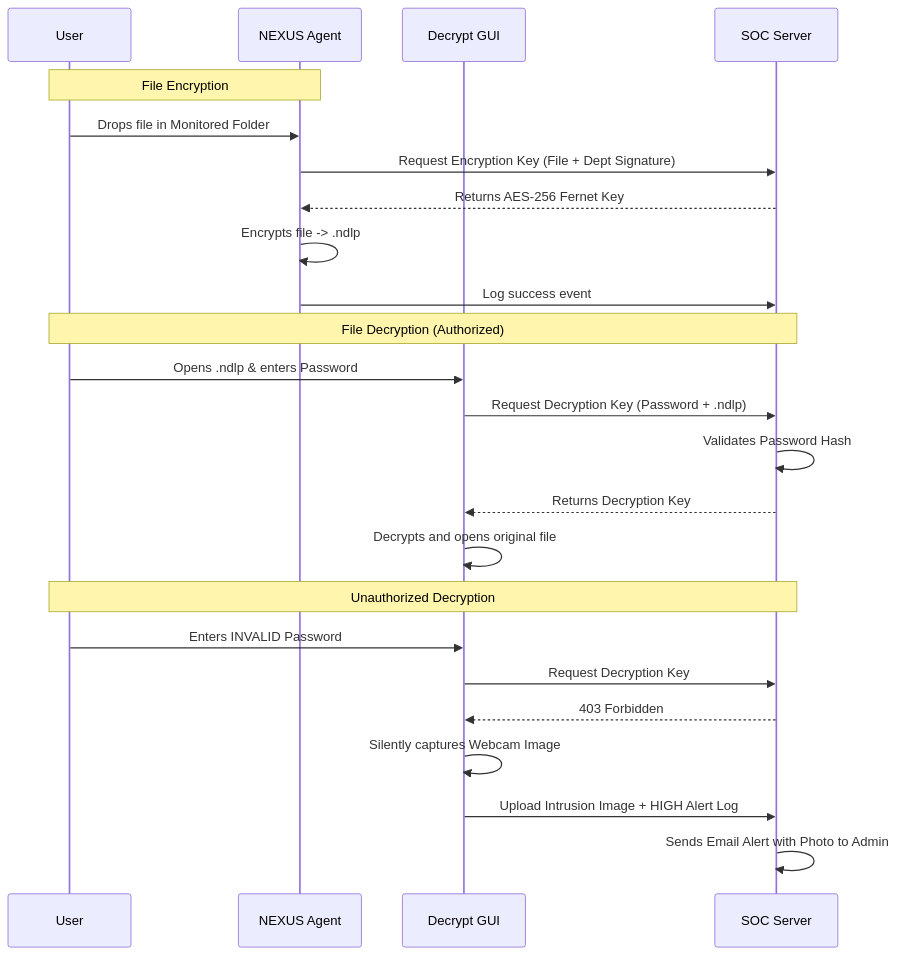
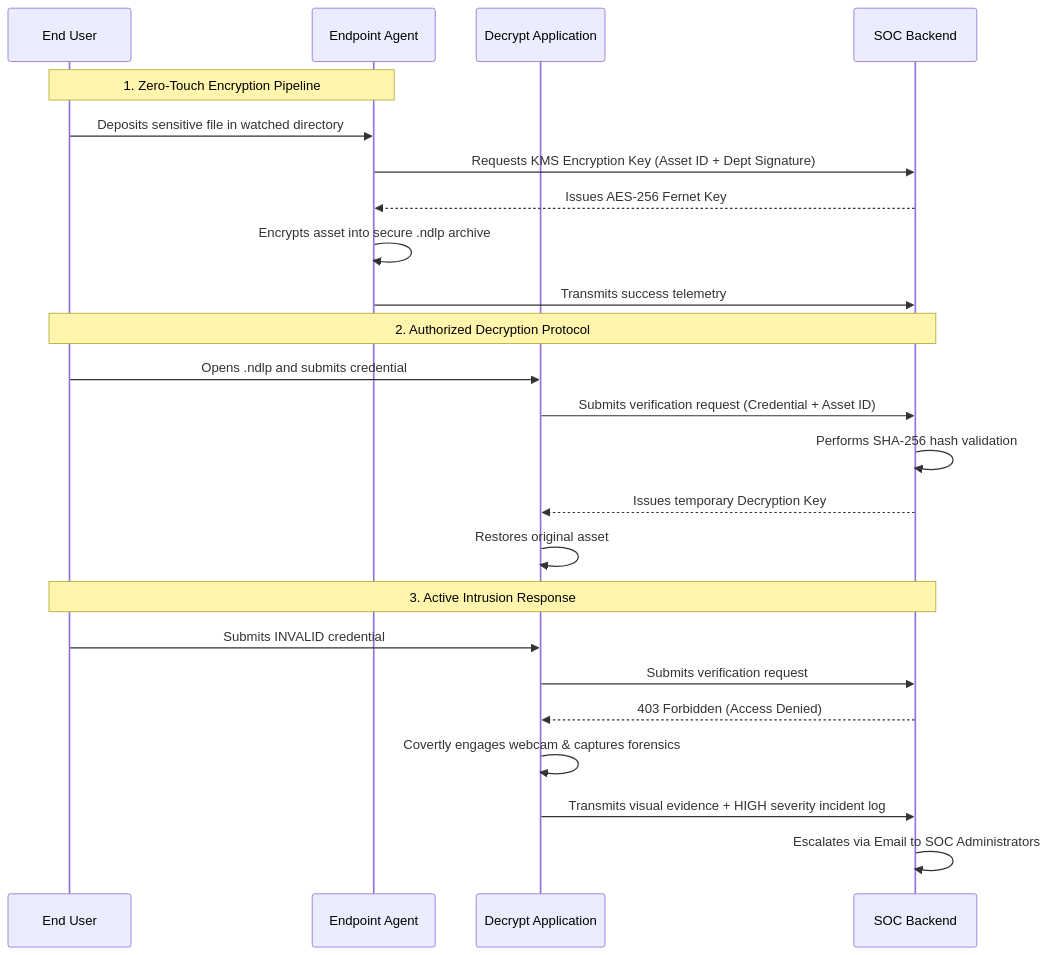
The second of 2 diagrams in README.md (Arnab0513/Nexus-Secure-Dlp), drawn with Mermaid before and after one commit. The commit also changed other lines of this file, not shown here.

Commit message:
docs: rewrite architecture and layer descriptions for production-grade presentation

````diff
--- a/README.md
+++ b/README.md
@@ -86,29 +78,29 @@
 ```mermaid
 sequenceDiagram
-    participant User
-    participant Agent as NEXUS Agent
-    participant GUI as Decrypt GUI
-    participant Server as SOC Server
+    participant User as End User
+    participant Agent as Endpoint Agent
+    participant GUI as Decrypt Application
+    participant Server as SOC Backend
 
-    Note over User,Agent: File Encryption
-    User->>Agent: Drops file in Monitored Folder
-    Agent->>Server: Request Encryption Key (File + Dept Signature)
-    Server-->>Agent: Returns AES-256 Fernet Key
-    Agent->>Agent: Encrypts file -> .ndlp
-    Agent->>Server: Log success event
+    Note over User,Agent: 1. Zero-Touch Encryption Pipeline
+    User->>Agent: Deposits sensitive file in watched directory
+    Agent->>Server: Requests KMS Encryption Key (Asset ID + Dept Signature)
+    Server-->>Agent: Issues AES-256 Fernet Key
+    Agent->>Agent: Encrypts asset into secure .ndlp archive
+    Agent->>Server: Transmits success telemetry
 
-    Note over User,Server: File Decryption (Authorized)
-    User->>GUI: Opens .ndlp & enters Password
-    GUI->>Server: Request Decryption Key (Password + .ndlp)
-    Server->>Server: Validates Password Hash
-    Server-->>GUI: Returns Decryption Key
-    GUI->>GUI: Decrypts and opens original file
-    
-    Note over User,Server: Unauthorized Decryption
-    User->>GUI: Enters INVALID Password
-    GUI->>Server: Request Decryption Key
-    Server-->>GUI: 403 Forbidden
-    GUI->>GUI: Silently captures Webcam Image
-    GUI->>Server: Upload Intrusion Image + HIGH Alert Log
-    Server->>Server: Sends Email Alert with Photo to Admin
+    Note over User,Server: 2. Authorized Decryption Protocol
+    User->>GUI: Opens .ndlp and submits credential
+    GUI->>Server: Submits verification request (Credential + Asset ID)
+    Server->>Server: Performs SHA-256 hash validation
+    Server-->>GUI: Issues temporary Decryption Key
+    GUI->>GUI: Restores original asset
+
+    Note over User,Server: 3. Active Intrusion Response
+    User->>GUI: Submits INVALID credential
+    GUI->>Server: Submits verification request
+    Server-->>GUI: 403 Forbidden (Access Denied)
+    GUI->>GUI: Covertly engages webcam & captures forensics
+    GUI->>Server: Transmits visual evidence + HIGH severity incident log
+    Server->>Server: Escalates via Email to SOC Administrators
 ```
````
